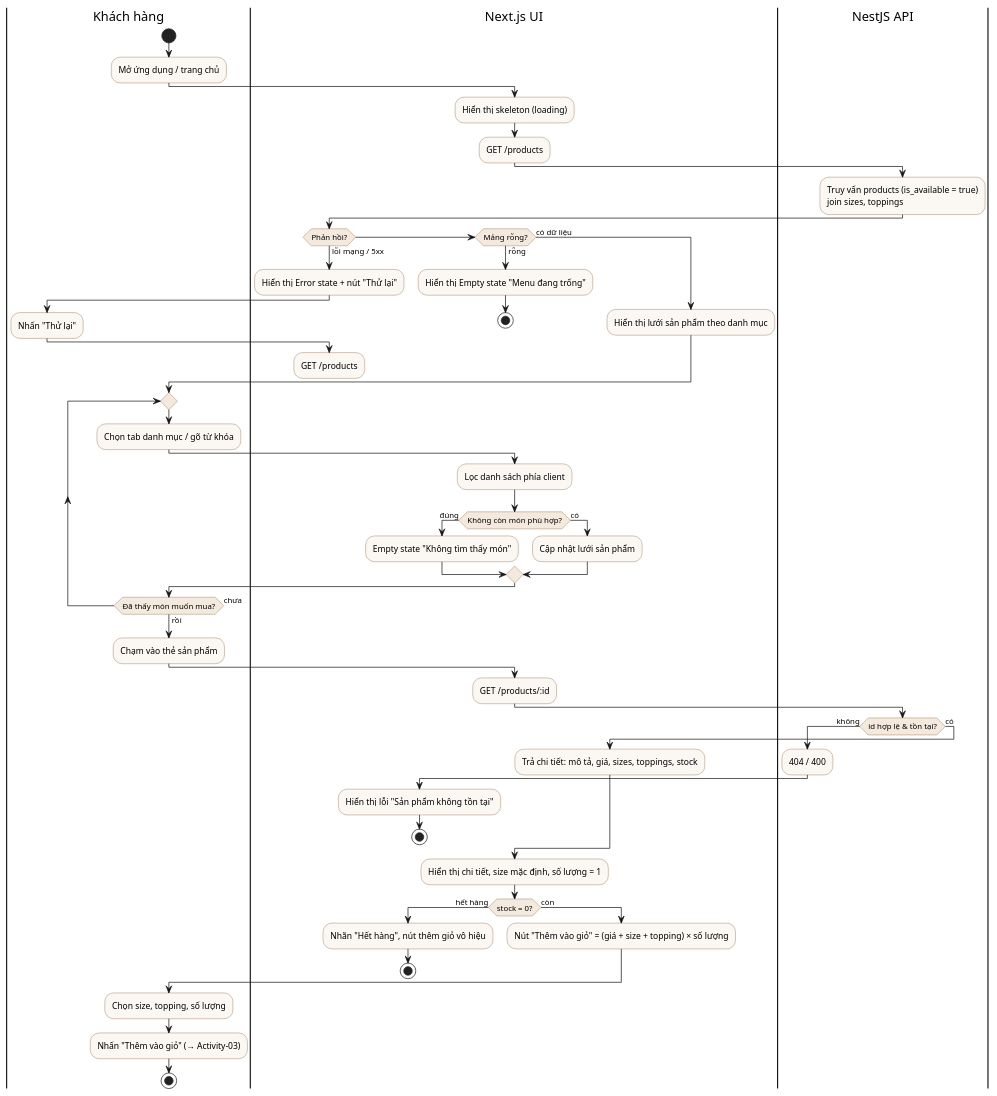
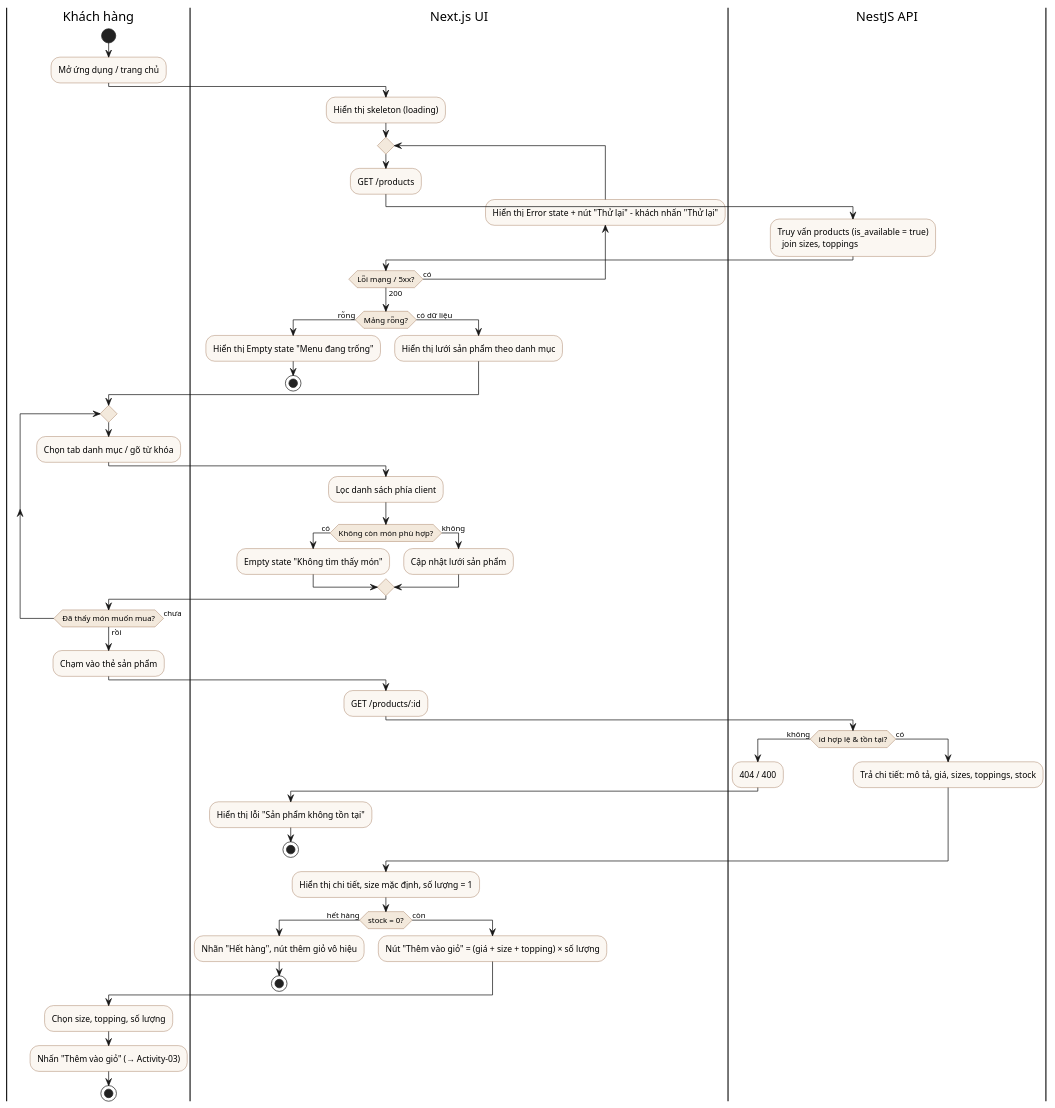
Before and after one commit to LHTCoder/brewlite: the diagram in docs/diagrams/activity-menu.puml, drawn with PlantUML. The commit also changed 26 other files, not shown here.

First line of the commit message:
docs: cập nhật đặc tả, use-case, activity và class diagram theo góp ý của nhóm

```diff
--- a/docs/diagrams/activity-menu.puml
+++ b/docs/diagrams/activity-menu.puml
@@ -1,68 +1,62 @@
 @startuml activity-menu
 ' Activity-02: Xem menu và chi tiết sản phẩm (FR-01, FR-02)
 skinparam ActivityBackgroundColor #FBF7F2
 skinparam ActivityBorderColor #8A5733
 skinparam ActivityDiamondBackgroundColor #F3E9DC
-
 |Khách hàng|
 start
 :Mở ứng dụng / trang chủ;
 |Next.js UI|
 :Hiển thị skeleton (loading);
-:GET /products;
-|NestJS API|
-:Truy vấn products (is_available = true)
-join sizes, toppings;
-|Next.js UI|
-if (Phản hồi?) then (lỗi mạng / 5xx)
-  :Hiển thị Error state + nút "Thử lại";
-  |Khách hàng|
-  :Nhấn "Thử lại";
+repeat
+  :GET /products;
+  |NestJS API|
+  :Truy vấn products (is_available = true)
+    join sizes, toppings;
   |Next.js UI|
-  :GET /products;
-  detach
-elseif (Mảng rỗng?) then (rỗng)
+backward :Hiển thị Error state + nút "Thử lại" – khách nhấn "Thử lại";
+repeat while (Lỗi mạng / 5xx?) is (có) not (200)
+if (Mảng rỗng?) then (rỗng)
   :Hiển thị Empty state "Menu đang trống";
   stop
 else (có dữ liệu)
   :Hiển thị lưới sản phẩm theo danh mục;
 endif
-
 |Khách hàng|
 repeat
   :Chọn tab danh mục / gõ từ khóa;
   |Next.js UI|
   :Lọc danh sách phía client;
-  if (Không còn món phù hợp?) then (đúng)
+  if (Không còn món phù hợp?) then (có)
     :Empty state "Không tìm thấy món";
-  else (có)
+  else (không)
     :Cập nhật lưới sản phẩm;
   endif
   |Khách hàng|
 repeat while (Đã thấy món muốn mua?) is (chưa) not (rồi)
-
 :Chạm vào thẻ sản phẩm;
 |Next.js UI|
 :GET /products/:id;
 |NestJS API|
 if (id hợp lệ & tồn tại?) then (không)
   :404 / 400;
   |Next.js UI|
   :Hiển thị lỗi "Sản phẩm không tồn tại";
   stop
 else (có)
+  |NestJS API|
   :Trả chi tiết: mô tả, giá, sizes, toppings, stock;
 endif
 |Next.js UI|
 :Hiển thị chi tiết, size mặc định, số lượng = 1;
 if (stock = 0?) then (hết hàng)
   :Nhãn "Hết hàng", nút thêm giỏ vô hiệu;
   stop
 else (còn)
   :Nút "Thêm vào giỏ" = (giá + size + topping) × số lượng;
 endif
 |Khách hàng|
 :Chọn size, topping, số lượng;
 :Nhấn "Thêm vào giỏ" (→ Activity-03);
 stop
 @enduml
```
